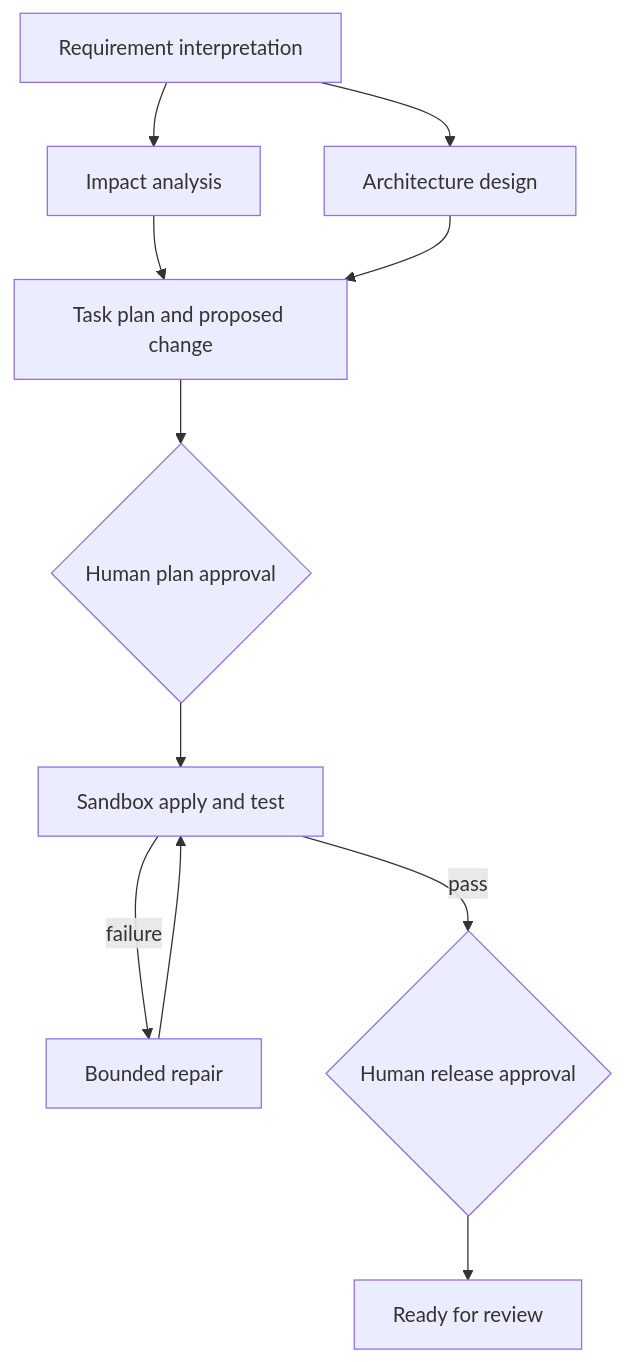
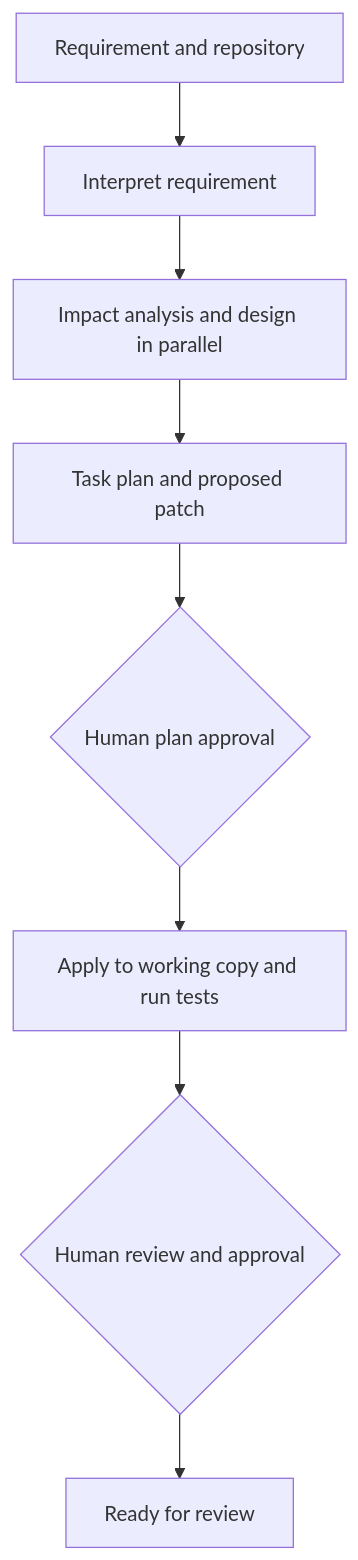
One commit to pshashank1986/agentic-url-shortener changed the diagram in README.md. Above: the diagram before and after it, drawn with Mermaid. The commit also changed other lines of this file, not shown here.

````diff
--- a/README.md
+++ b/README.md
@@ -108,13 +16,10 @@
-```mermaid
+~~~mermaid
 flowchart TD
-  A[Requirement interpretation] --> B[Impact analysis]
-  A --> C[Architecture design]
-  B --> D[Task plan and proposed change]
-  C --> D
+  A[Requirement and repository] --> B[Interpret requirement]
+  B --> C[Impact analysis and design in parallel]
+  C --> D[Task plan and proposed patch]
   D --> E{Human plan approval}
-  E --> F[Sandbox apply and test]
-  F -->|failure| G[Bounded repair]
-  G --> F
-  F -->|pass| H{Human release approval}
-  H --> I[Ready for review]
-```
+  E --> F[Apply to working copy and run tests]
+  F --> G{Human review and approval}
+  G --> H[Ready for review]
+~~~
````
